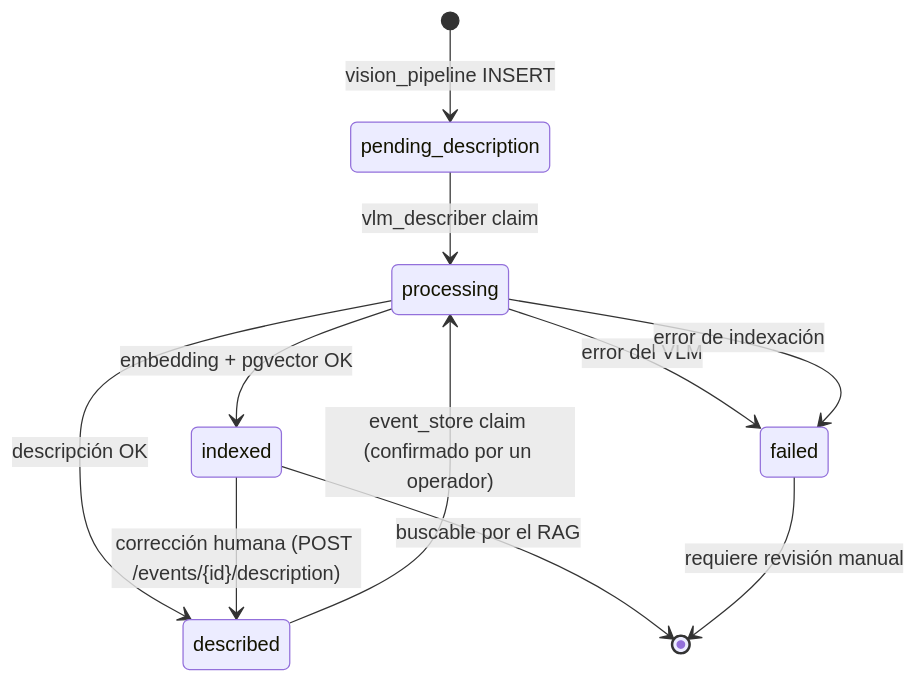
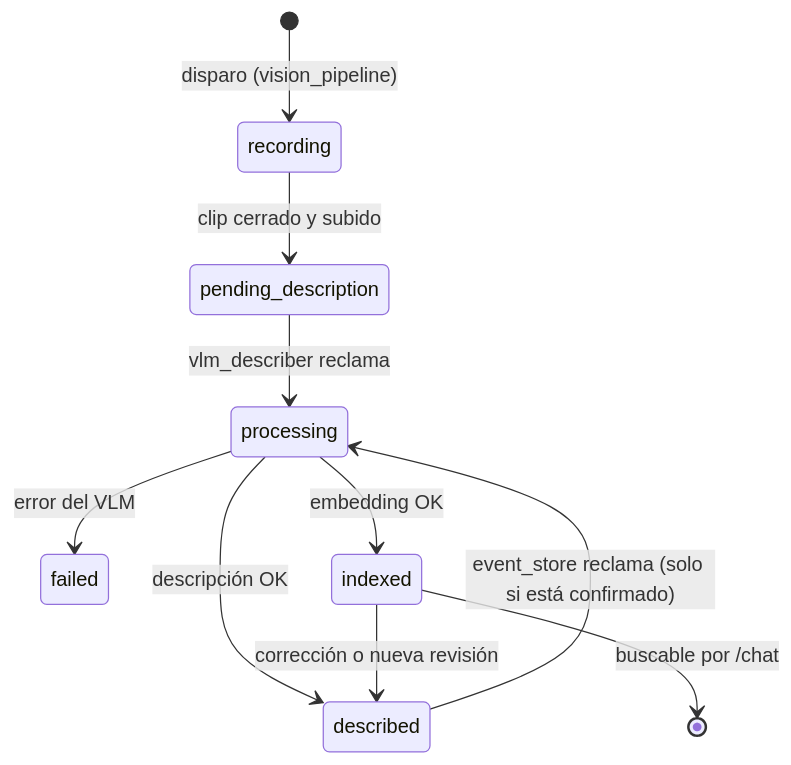
Before and after one commit to stesta1/kenbun: the third of 3 diagrams in docs/architecture.md, drawn with Mermaid. The commit also changed other lines of this file and 3 other files, not shown here.

````diff
--- a/docs/architecture.md
+++ b/docs/architecture.md
@@ -344,13 +132,12 @@
 ```mermaid
 stateDiagram-v2
-    [*] --> pending_description: vision_pipeline INSERT
-    pending_description --> processing: vlm_describer claim
+    [*] --> recording: disparo (vision_pipeline)
+    recording --> pending_description: clip cerrado y subido
+    pending_description --> processing: vlm_describer reclama
     processing --> described: descripción OK
     processing --> failed: error del VLM
-    described --> processing: event_store claim (confirmado por un operador)
-    processing --> indexed: embedding + pgvector OK
-    processing --> failed: error de indexación
-    indexed --> [*]: buscable por el RAG
-    indexed --> described: corrección humana (POST /events/{id}/description)
-    failed --> [*]: requiere revisión manual
+    described --> processing: event_store reclama (solo si está confirmado)
+    processing --> indexed: embedding OK
+    indexed --> described: corrección o nueva revisión
+    indexed --> [*]: buscable por /chat
 ```
````
